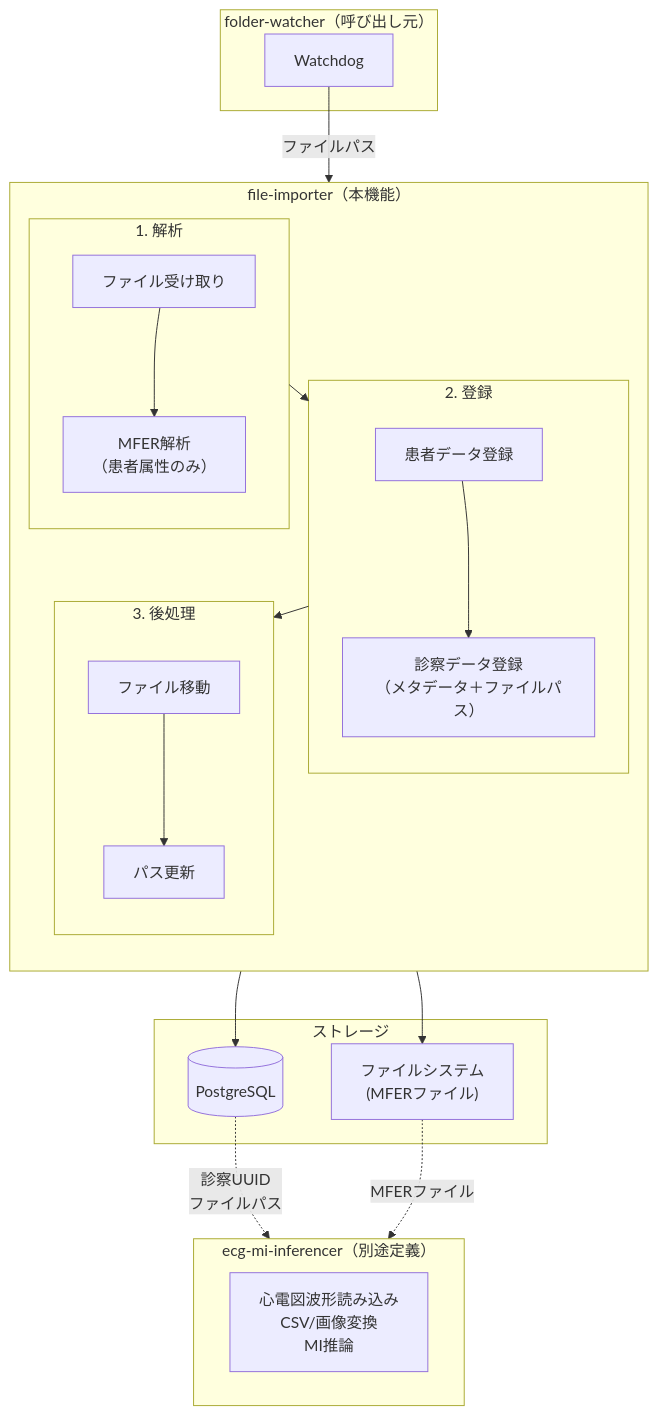
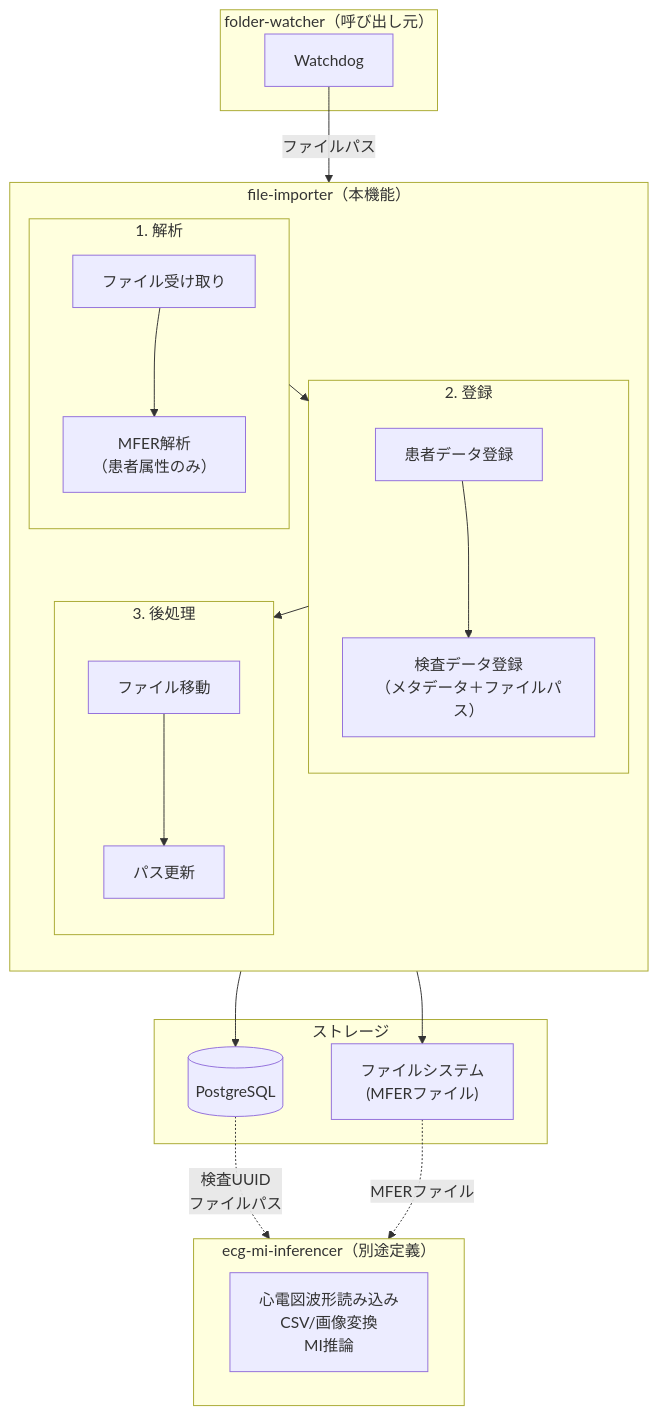
One commit to Universal-Micro-Networks/ecg-mi-inference changed the first of 2 diagrams in .kiro/specs/file-importer/requirements.md. Above: the diagram before and after it, drawn with Mermaid. The commit also changed other lines of this file and 28 other files, not shown here.

````diff
--- a/.kiro/specs/file-importer/requirements.md
+++ b/.kiro/specs/file-importer/requirements.md
@@ -218,45 +218,45 @@
 ```mermaid
 flowchart TB
     subgraph FW["folder-watcher（呼び出し元）"]
         W["Watchdog"]
     end
 
     subgraph FI["file-importer（本機能）"]
         direction TB
 
         subgraph Parse["1. 解析"]
             P1["ファイル受け取り"]
             P2["MFER解析<br/>（患者属性のみ）"]
             P1 --> P2
         end
 
         subgraph Register["2. 登録"]
             R1["患者データ登録"]
-            R2["診察データ登録<br/>（メタデータ＋ファイルパス）"]
+            R2["検査データ登録<br/>（メタデータ＋ファイルパス）"]
             R1 --> R2
         end
 
         subgraph Finalize["3. 後処理"]
             F1["ファイル移動"]
             F2["パス更新"]
             F1 --> F2
         end
 
         Parse --> Register --> Finalize
     end
 
     subgraph Storage["ストレージ"]
         DB[(PostgreSQL)]
         FS["ファイルシステム<br/>(MFERファイル)"]
     end
 
     subgraph INF["ecg-mi-inferencer（別途定義）"]
         ECG["心電図波形読み込み<br/>CSV/画像変換<br/>MI推論"]
     end
 
     W -->|ファイルパス| P1
     R2 --> DB
     F1 --> FS
-    DB -.->|診察UUID<br/>ファイルパス| INF
+    DB -.->|検査UUID<br/>ファイルパス| INF
     FS -.->|MFERファイル| INF
 ```
````
